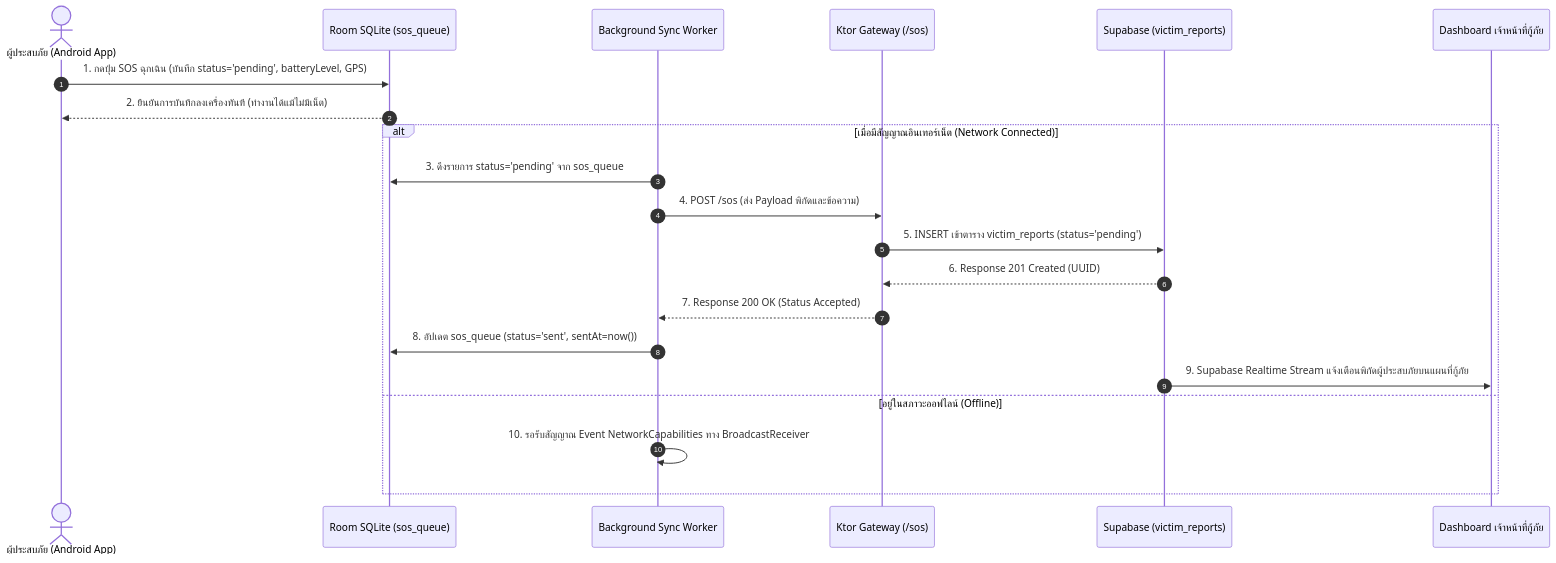
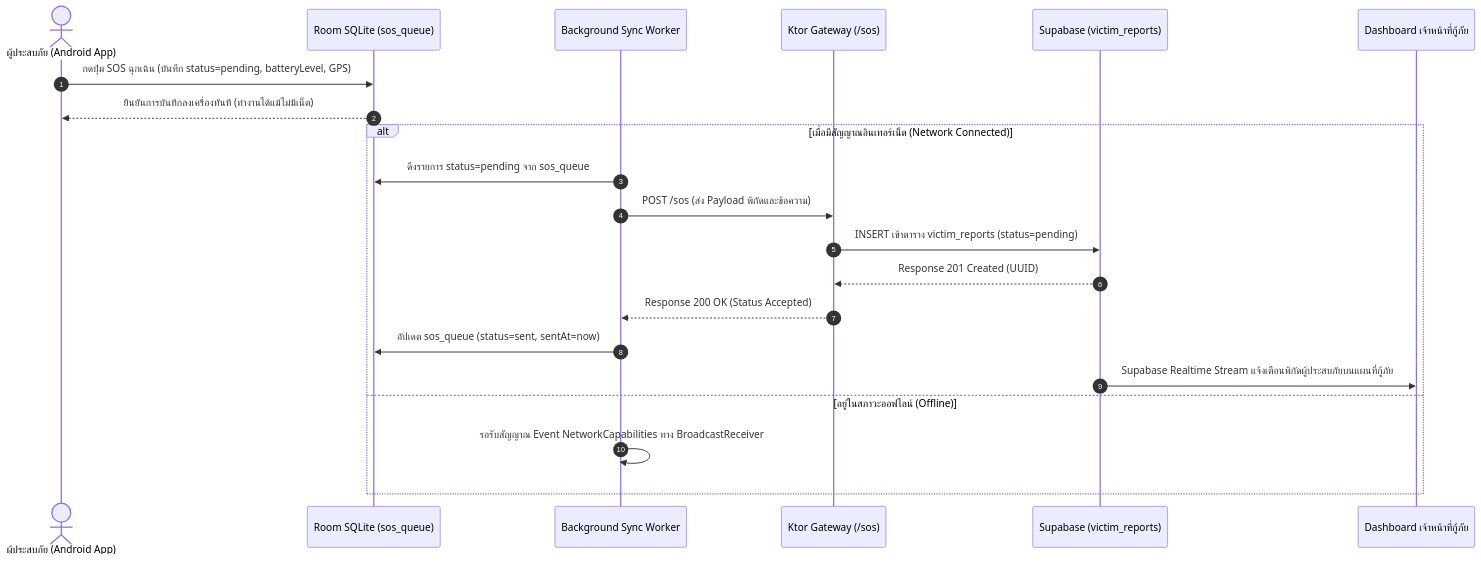
Before and after one commit to kchayta32/d-mind-mobile-app: the seventh of 8 diagrams in IoT_Station/DATABASE_ER_DIAGRAM.md, drawn with Mermaid. The commit also changed other lines of this file and 1 other file, not shown here.

Commit message:
docs: optimize Mermaid ER diagrams for GitHub markdown rendering

````diff
--- a/IoT_Station/DATABASE_ER_DIAGRAM.md
+++ b/IoT_Station/DATABASE_ER_DIAGRAM.md
@@ -1077,25 +1080,25 @@
 ```mermaid
 sequenceDiagram
     autonumber
     actor User as ผู้ประสบภัย (Android App)
     participant LocalDB as Room SQLite (sos_queue)
     participant Worker as Background Sync Worker
     participant Backend as Ktor Gateway (/sos)
     participant CloudDB as Supabase (victim_reports)
     participant Responder as Dashboard เจ้าหน้าที่กู้ภัย
 
-    User->>LocalDB: 1. กดปุ่ม SOS ฉุกเฉิน (บันทึก status='pending', batteryLevel, GPS)
-    LocalDB-->>User: 2. ยืนยันการบันทึกลงเครื่องทันที (ทำงานได้แม้ไม่มีเน็ต)
+    User->>LocalDB: กดปุ่ม SOS ฉุกเฉิน (บันทึก status=pending, batteryLevel, GPS)
+    LocalDB-->>User: ยืนยันการบันทึกลงเครื่องทันที (ทำงานได้แม้ไม่มีเน็ต)
     
     alt เมื่อมีสัญญาณอินเทอร์เน็ต (Network Connected)
-        Worker->>LocalDB: 3. ดึงรายการ status='pending' จาก sos_queue
-        Worker->>Backend: 4. POST /sos (ส่ง Payload พิกัดและข้อความ)
-        Backend->>CloudDB: 5. INSERT เข้าตาราง victim_reports (status='pending')
-        CloudDB-->>Backend: 6. Response 201 Created (UUID)
-        Backend-->>Worker: 7. Response 200 OK (Status Accepted)
-        Worker->>LocalDB: 8. อัปเดต sos_queue (status='sent', sentAt=now())
-        CloudDB->>Responder: 9. Supabase Realtime Stream แจ้งเตือนพิกัดผู้ประสบภัยบนแผนที่กู้ภัย
+        Worker->>LocalDB: ดึงรายการ status=pending จาก sos_queue
+        Worker->>Backend: POST /sos (ส่ง Payload พิกัดและข้อความ)
+        Backend->>CloudDB: INSERT เข้าตาราง victim_reports (status=pending)
+        CloudDB-->>Backend: Response 201 Created (UUID)
+        Backend-->>Worker: Response 200 OK (Status Accepted)
+        Worker->>LocalDB: อัปเดต sos_queue (status=sent, sentAt=now)
+        CloudDB->>Responder: Supabase Realtime Stream แจ้งเตือนพิกัดผู้ประสบภัยบนแผนที่กู้ภัย
     else อยู่ในสภาวะออฟไลน์ (Offline)
-        Worker->>Worker: 10. รอรับสัญญาณ Event NetworkCapabilities ทาง BroadcastReceiver
+        Worker->>Worker: รอรับสัญญาณ Event NetworkCapabilities ทาง BroadcastReceiver
     end
 ```
````
